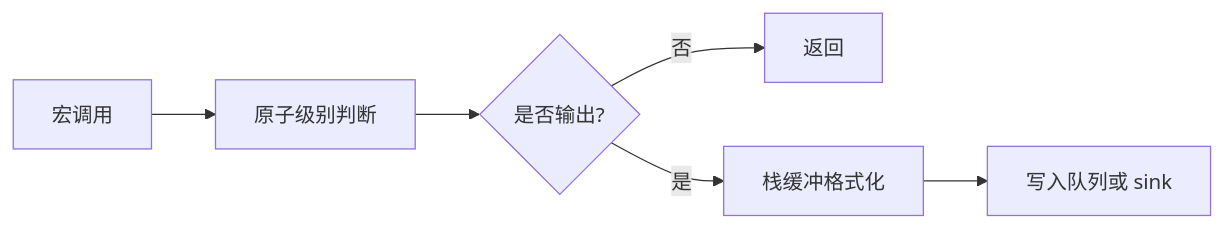
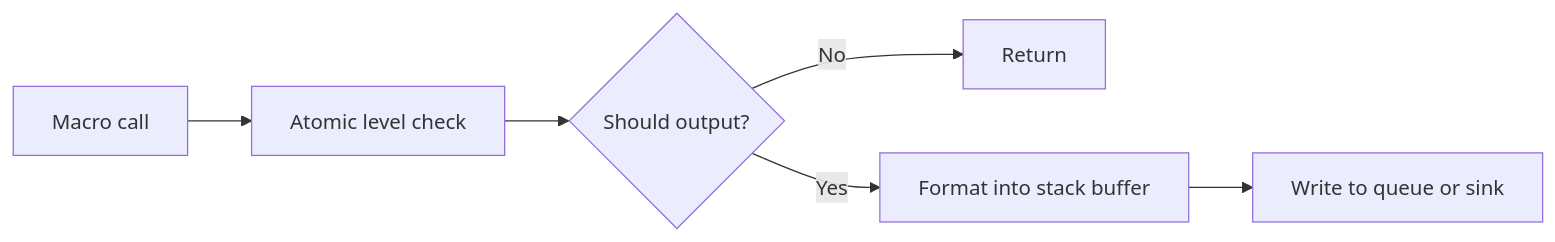
Before and after one commit to HuangX666/hx_clog: the tenth of 12 diagrams in README.md, drawn with Mermaid. The commit also changed other lines of this file and 9 other files, not shown here.

````diff
--- a/README.md
+++ b/README.md
@@ -1306,8 +1297,8 @@
 ```mermaid
 flowchart LR
-    A["宏调用"] --> B["原子级别判断"]
-    B --> C{"是否输出?"}
-    C -->|否| D["返回"]
-    C -->|是| E["栈缓冲格式化"]
-    E --> F["写入队列或 sink"]
+    A["Macro call"] --> B["Atomic level check"]
+    B --> C{"Should output?"}
+    C -->|No| D["Return"]
+    C -->|Yes| E["Format into stack buffer"]
+    E --> F["Write to queue or sink"]
 ```
````
